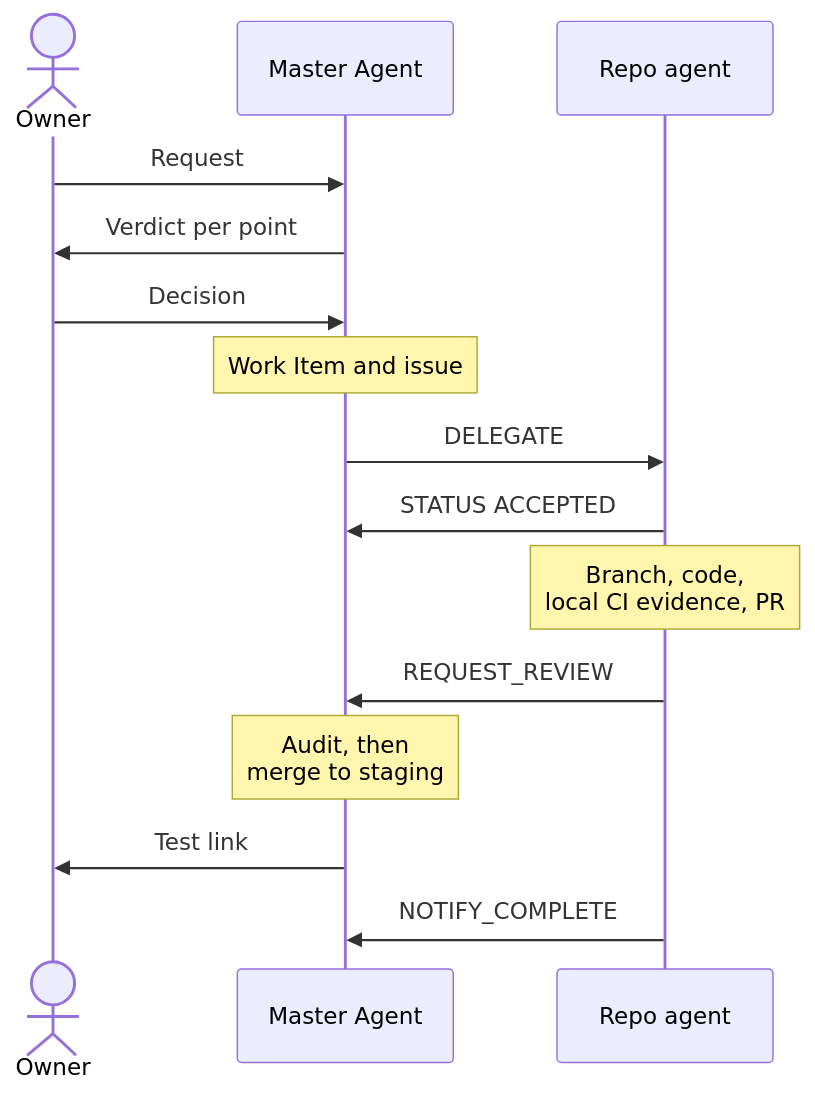
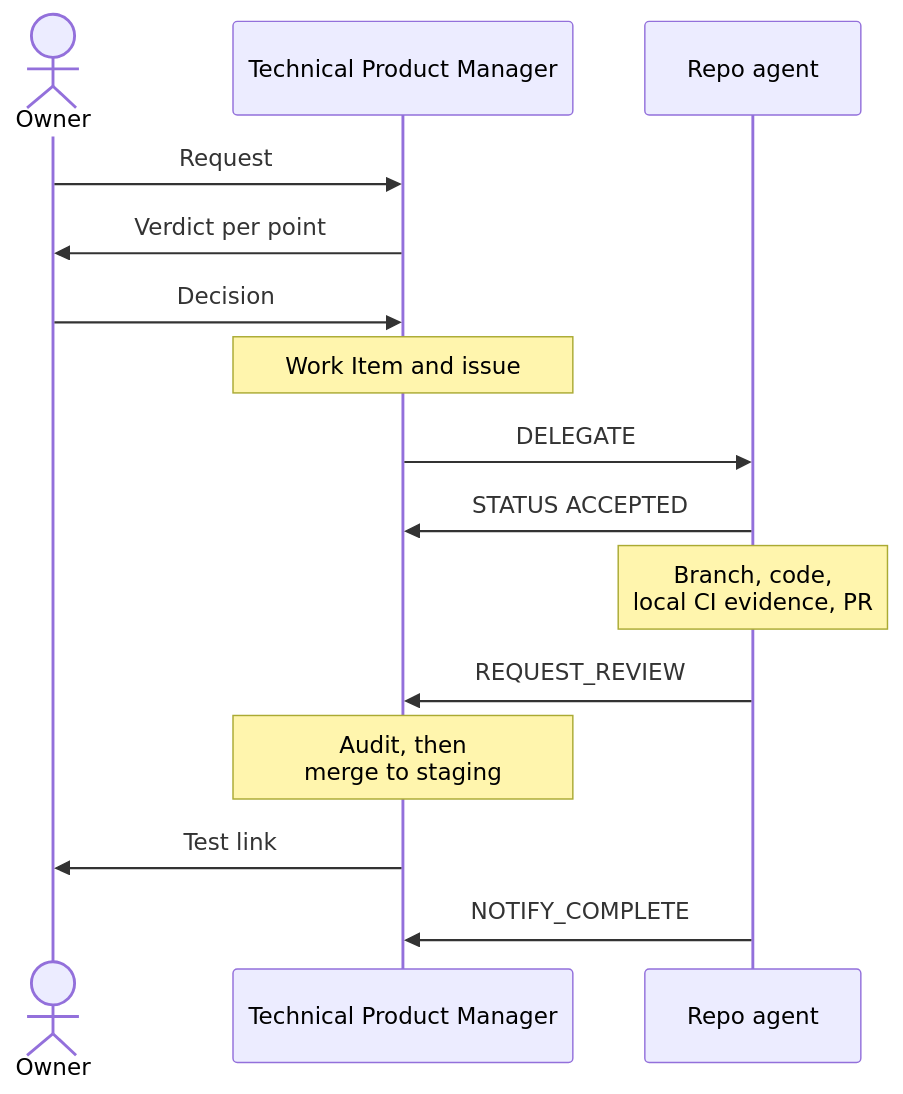
Before and after one commit to Gelpy/gelpy: the diagram in docs/framework/agents.md, drawn with Mermaid. The commit also changed other lines of this file and 14 other files, not shown here.

````diff
--- a/docs/framework/agents.md
+++ b/docs/framework/agents.md
@@ -54,18 +82,18 @@
 ```mermaid
 sequenceDiagram
   actor Owner
-  participant Master as Master Agent
+  participant Master as Technical Product Manager
   participant Agent as Repo agent
 
   Owner->>Master: Request
   Master->>Owner: Verdict per point
   Owner->>Master: Decision
   Note over Master: Work Item and issue
   Master->>Agent: DELEGATE
   Agent->>Master: STATUS ACCEPTED
   Note over Agent: Branch, code,<br/>local CI evidence, PR
   Agent->>Master: REQUEST_REVIEW
   Note over Master: Audit, then<br/>merge to staging
   Master->>Owner: Test link
   Agent->>Master: NOTIFY_COMPLETE
 ```
````
